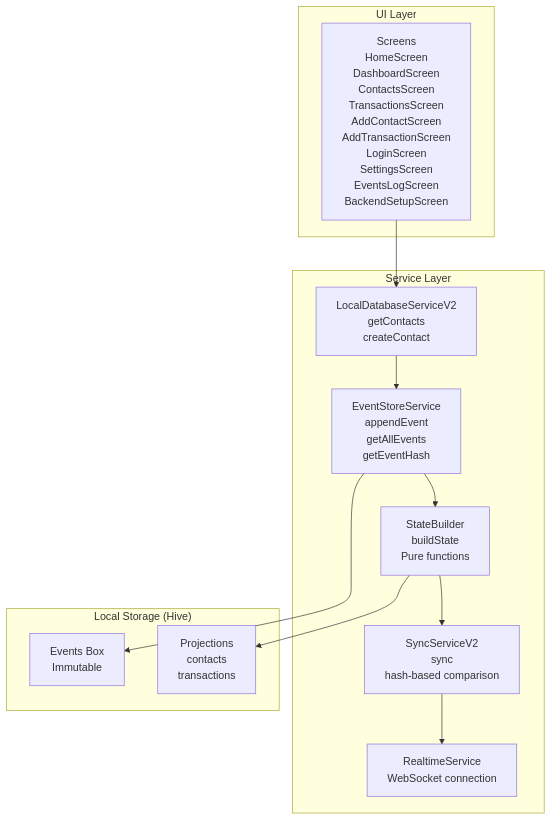
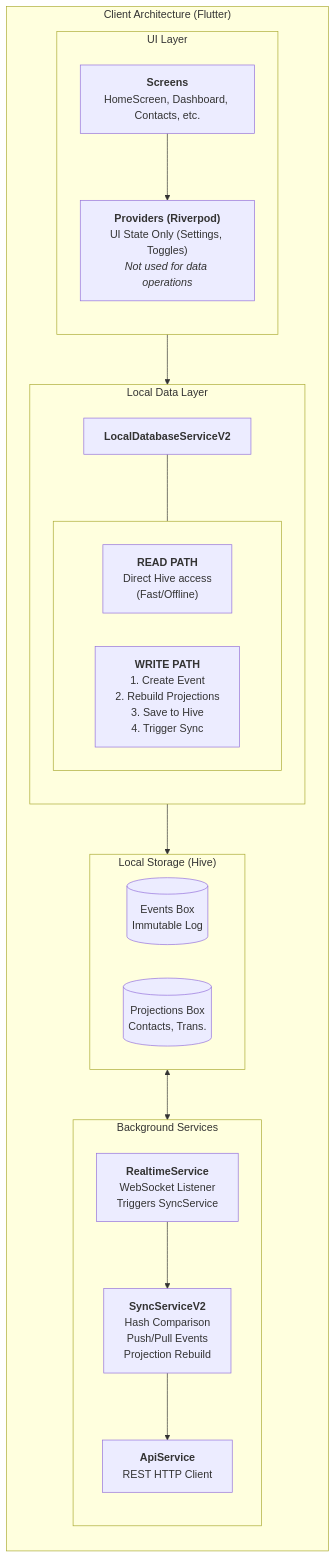
Before and after one commit to dark-cli/deptmaster: the second of 2 diagrams in docs/ARCHITECTURE.md, drawn with Mermaid. The commit also changed other lines of this file, not shown here.

First line of the commit message:
docs: improve ARCHITECTURE.md clarity and replace ASCII diagrams with Mermaid

````diff
--- a/docs/ARCHITECTURE.md
+++ b/docs/ARCHITECTURE.md
@@ -143,28 +170,51 @@
 ```mermaid
-graph TB
-    subgraph UI["UI Layer"]
-        Screens[Screens<br/>HomeScreen<br/>DashboardScreen<br/>ContactsScreen<br/>TransactionsScreen<br/>AddContactScreen<br/>AddTransactionScreen<br/>LoginScreen<br/>SettingsScreen<br/>EventsLogScreen<br/>BackendSetupScreen]
+graph TD
+    subgraph Client_Arch ["Client Architecture (Flutter)"]
+        direction TB
+
+        %% UI LAYER
+        subgraph UI_Layer ["UI Layer"]
+            direction TB
+            Screens["<b>Screens</b><br/>HomeScreen, Dashboard, Contacts, etc."]
+            Providers["<b>Providers (Riverpod)</b><br/>UI State Only (Settings, Toggles)<br/><i>Not used for data operations</i>"]
+            Screens --> Providers
+        end
+
+        %% LOCAL DATA LAYER
+        subgraph Local_Data ["Local Data Layer"]
+            direction TB
+            DB_Service["<b>LocalDatabaseServiceV2</b>"]
+            
+            subgraph Paths [" "]
+                direction LR
+                ReadPath["<b>READ PATH</b><br/>Direct Hive access<br/>(Fast/Offline)"]
+                WritePath["<b>WRITE PATH</b><br/>1. Create Event<br/>2. Rebuild Projections<br/>3. Save to Hive<br/>4. Trigger Sync"]
+            end
+            
+            DB_Service --- Paths
+        end
+
+        %% STORAGE
+        subgraph Hive_Storage ["Local Storage (Hive)"]
+            direction LR
+            EventsBox[("Events Box<br/>Immutable Log")]
+            ProjectionsBox[("Projections Box<br/>Contacts, Trans.")]
+        end
+
+        %% BACKGROUND SERVICES
+        subgraph Background_Services ["Background Services"]
+            direction TB
+            Sync_Service["<b>SyncServiceV2</b><br/>Hash Comparison<br/>Push/Pull Events<br/>Projection Rebuild"]
+            Realtime_Service["<b>RealtimeService</b><br/>WebSocket Listener<br/>Triggers SyncService"]
+            Api_Service["<b>ApiService</b><br/>REST HTTP Client"]
+            
+            Realtime_Service --> Sync_Service
+            Sync_Service --> Api_Service
+        end
+
+        %% Flow Connections
+        UI_Layer --> Local_Data
+        Local_Data --> Hive_Storage
+        Hive_Storage <--> Background_Services
     end
-    
-    subgraph Services["Service Layer"]
-        LocalDB[LocalDatabaseServiceV2<br/>getContacts<br/>createContact]
-        EventStore[EventStoreService<br/>appendEvent<br/>getAllEvents<br/>getEventHash]
-        StateBuilder[StateBuilder<br/>buildState<br/>Pure functions]
-        SyncService[SyncServiceV2<br/>sync<br/>hash-based comparison]
-        Realtime[RealtimeService<br/>WebSocket connection]
-    end
-    
-    subgraph Storage["Local Storage (Hive)"]
-        EventsBox[Events Box<br/>Immutable]
-        Projections[Projections<br/>contacts<br/>transactions]
-    end
-    
-    Screens --> LocalDB
-    LocalDB --> EventStore
-    EventStore --> StateBuilder
-    StateBuilder --> SyncService
-    SyncService --> Realtime
-    
-    EventStore --> EventsBox
-    StateBuilder --> Projections
 ```
````
